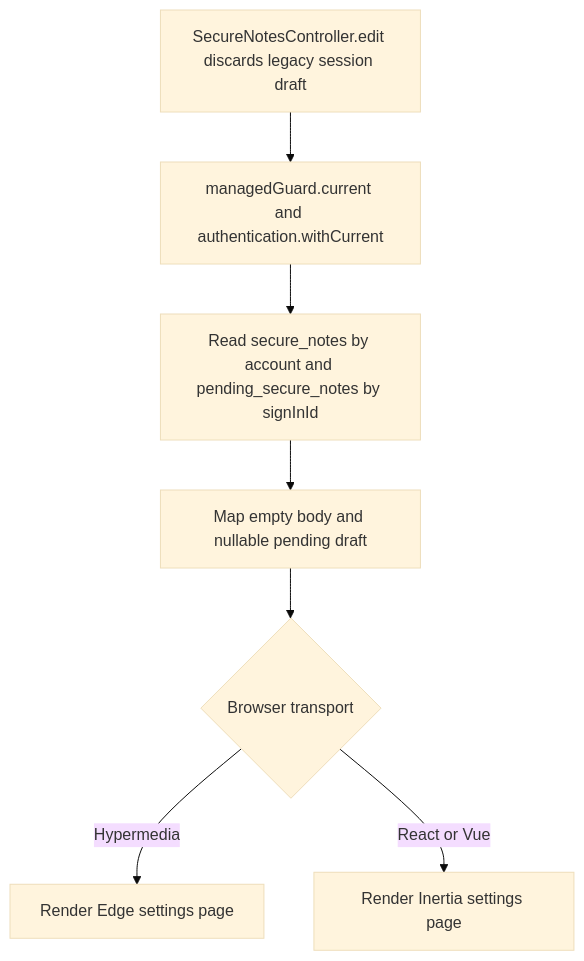
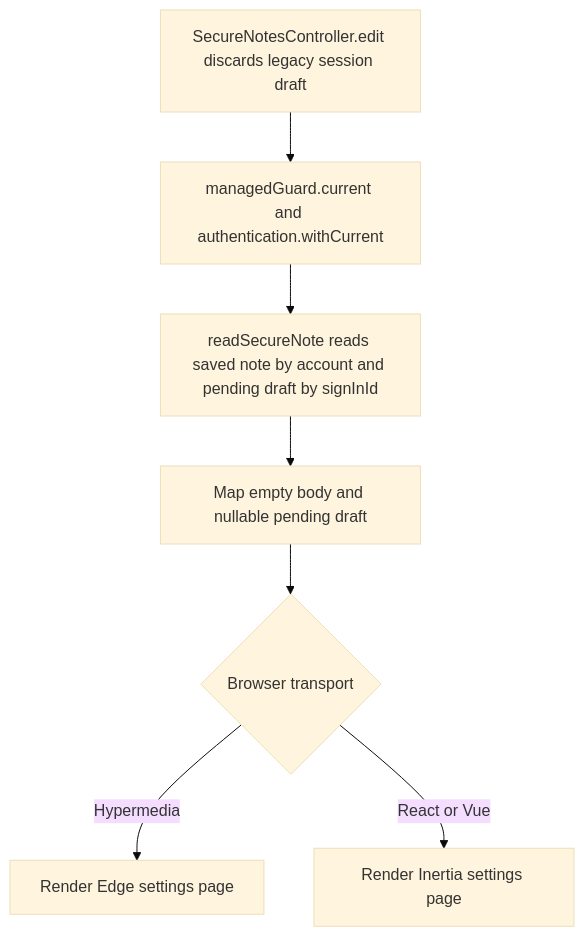
The second of 2 diagrams in user-stories/notes/us-note-03-open-secure-note.md (Kevinjohn/oss-adonisjs-starter-examples), drawn with Mermaid (base theme) before and after one commit. The commit also changed other lines of this file and 25 other files, not shown here.

````diff
--- a/user-stories/notes/us-note-03-open-secure-note.md
+++ b/user-stories/notes/us-note-03-open-secure-note.md
@@ -32,9 +32,9 @@
 ```mermaid
 flowchart TD
     A["SecureNotesController.edit discards legacy session draft"] --> B["managedGuard.current and authentication.withCurrent"]
-    B --> C["Read secure_notes by account and pending_secure_notes by signInId"]
+    B --> C["readSecureNote reads saved note by account and pending draft by signInId"]
     C --> D["Map empty body and nullable pending draft"]
     D --> E{"Browser transport"}
     E -->|Hypermedia| F["Render Edge settings page"]
     E -->|React or Vue| G["Render Inertia settings page"]
 ```
````
